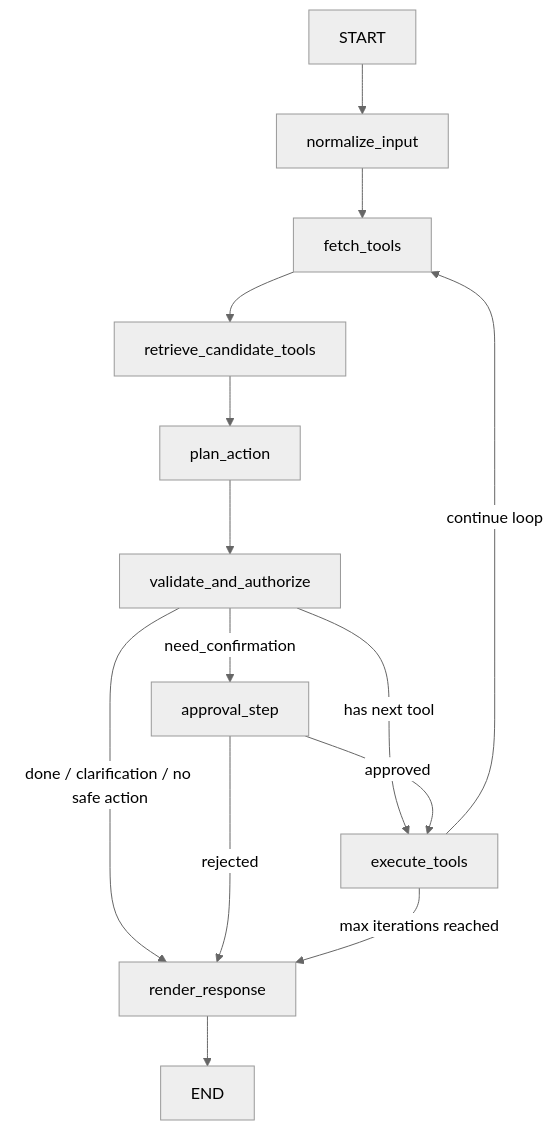
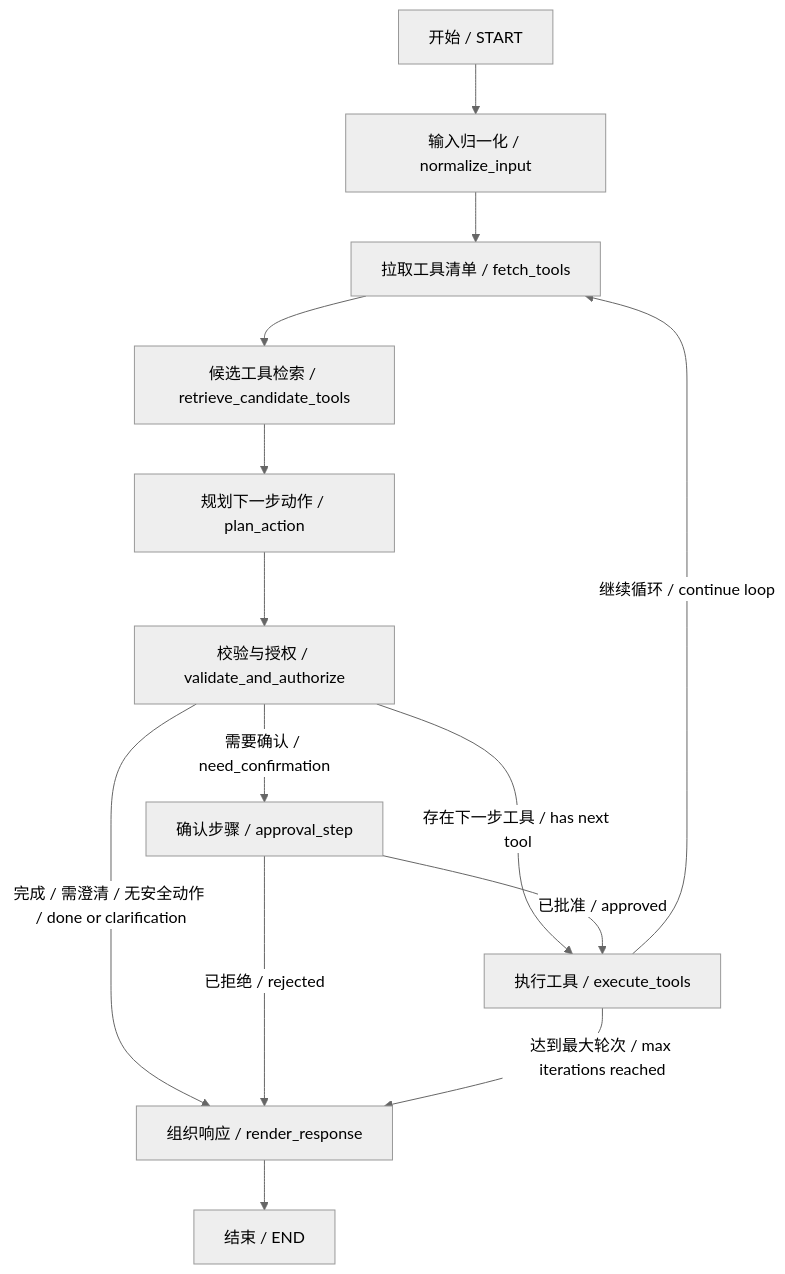
The diagram in README.md (ooLemon0-0/LangGraphTest), drawn with Mermaid (neutral theme) before and after one commit.

Commit message:
update readme3

````diff
--- a/README.md
+++ b/README.md
@@ -72,20 +72,20 @@
 ```mermaid
 graph TD
-    A["START"] --> B["normalize_input"]
-    B --> C["fetch_tools"]
-    C --> D["retrieve_candidate_tools"]
-    D --> E["plan_action"]
-    E --> F["validate_and_authorize"]
+    A["开始 / START"] --> B["输入归一化 / normalize_input"]
+    B --> C["拉取工具清单 / fetch_tools"]
+    C --> D["候选工具检索 / retrieve_candidate_tools"]
+    D --> E["规划下一步动作 / plan_action"]
+    E --> F["校验与授权 / validate_and_authorize"]
 
-    F -->|"need_confirmation"| G["approval_step"]
-    F -->|"has next tool"| H["execute_tools"]
-    F -->|"done / clarification / no safe action"| I["render_response"]
+    F -->|"需要确认 / need_confirmation"| G["确认步骤 / approval_step"]
+    F -->|"存在下一步工具 / has next tool"| H["执行工具 / execute_tools"]
+    F -->|"完成 / 需澄清 / 无安全动作 / done or clarification"| I["组织响应 / render_response"]
 
-    G -->|"approved"| H
-    G -->|"rejected"| I
+    G -->|"已批准 / approved"| H
+    G -->|"已拒绝 / rejected"| I
 
-    H -->|"continue loop"| C
-    H -->|"max iterations reached"| I
+    H -->|"继续循环 / continue loop"| C
+    H -->|"达到最大轮次 / max iterations reached"| I
 
-    I --> J["END"]
+    I --> J["结束 / END"]
 ```
````
